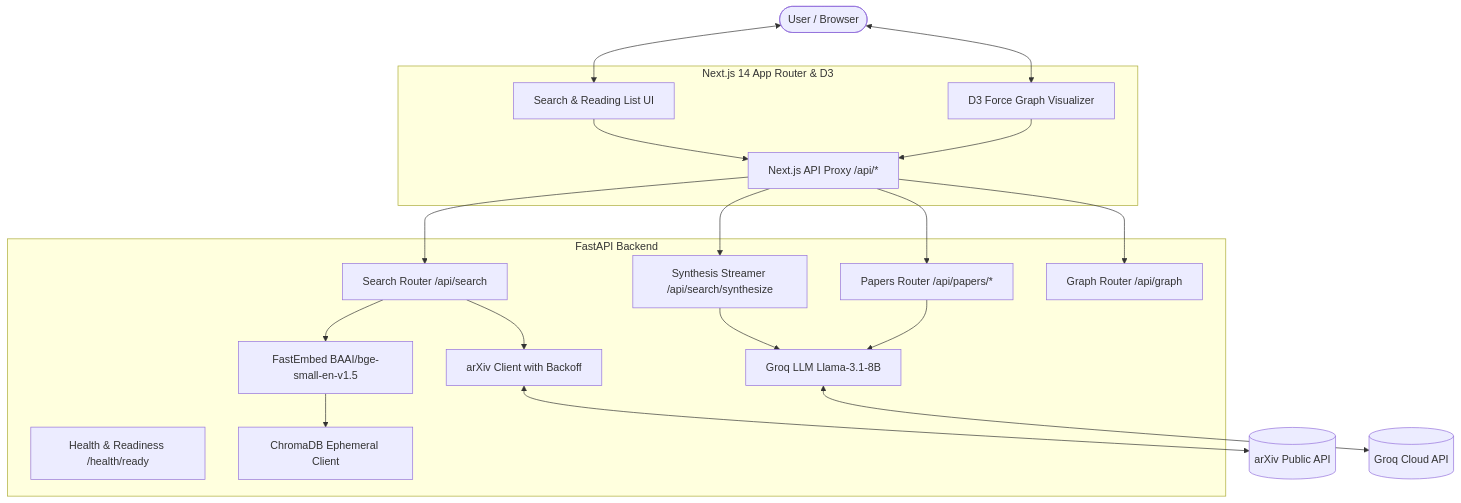
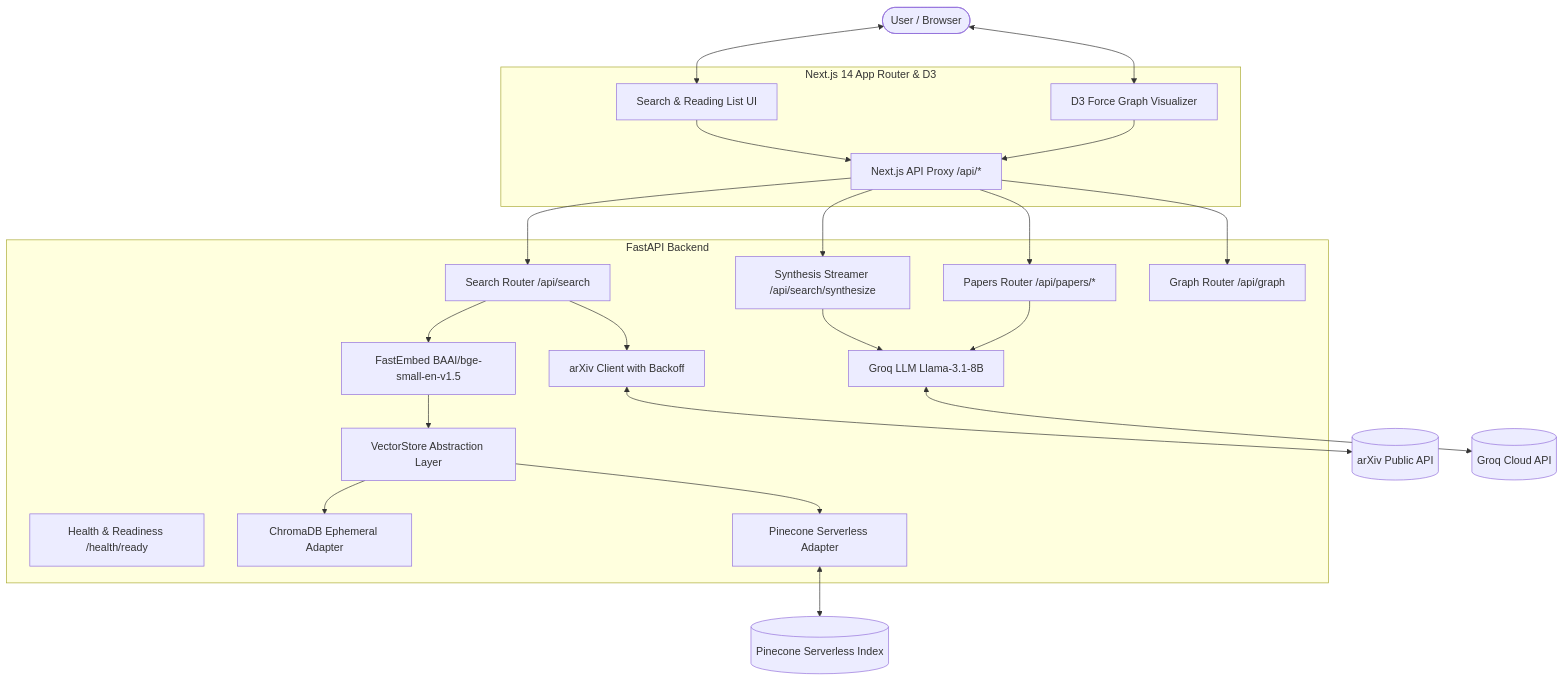
One commit to Viper396/Scholytics changed the diagram in README.md. Above: the diagram before and after it, drawn with Mermaid. The commit also changed other lines of this file and 17 other files, not shown here.

Commit message:
feat: integrate Pinecone vector store with decoupled discovery and ingestion workflow

````diff
--- a/README.md
+++ b/README.md
@@ -9,37 +9,42 @@
 ```mermaid
 flowchart TD
     User([User / Browser])
     
     subgraph Frontend [Next.js 14 App Router & D3]
         UI[Search & Reading List UI]
         GraphView[D3 Force Graph Visualizer]
         NextProxy[Next.js API Proxy /api/*]
     end
 
     subgraph Backend [FastAPI Backend]
         Health[Health & Readiness /health/ready]
         SearchRouter[Search Router /api/search]
         SynthRouter[Synthesis Streamer /api/search/synthesize]
         PaperRouter[Papers Router /api/papers/*]
         GraphRouter[Graph Router /api/graph]
         
         ArxivClient[arXiv Client with Backoff]
         Embedder[FastEmbed BAAI/bge-small-en-v1.5]
-        Chroma[ChromaDB Ephemeral Client]
+        VectorStoreInterface[VectorStore Abstraction Layer]
+        ChromaAdapter[ChromaDB Ephemeral Adapter]
+        PineconeAdapter[Pinecone Serverless Adapter]
         Summarizer[Groq LLM Llama-3.1-8B]
     end
 
     UpstreamArxiv[(arXiv Public API)]
     UpstreamGroq[(Groq Cloud API)]
+    PineconeCloud[(Pinecone Serverless Index)]
 
     User <--> UI
     User <--> GraphView
     UI & GraphView --> NextProxy
     NextProxy --> SearchRouter & SynthRouter & PaperRouter & GraphRouter
     
     SearchRouter --> ArxivClient
     ArxivClient <--> UpstreamArxiv
-    SearchRouter --> Embedder --> Chroma
+    SearchRouter --> Embedder --> VectorStoreInterface
+    VectorStoreInterface --> ChromaAdapter
+    VectorStoreInterface --> PineconeAdapter <--> PineconeCloud
     SynthRouter --> Summarizer <--> UpstreamGroq
     PaperRouter --> Summarizer
 ```
````
